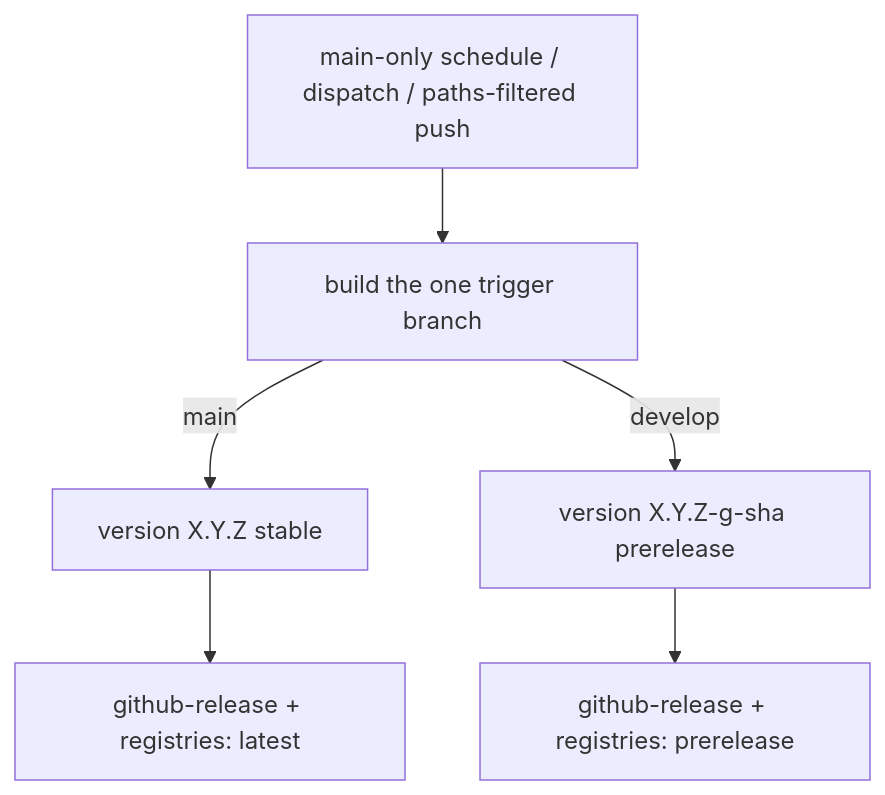
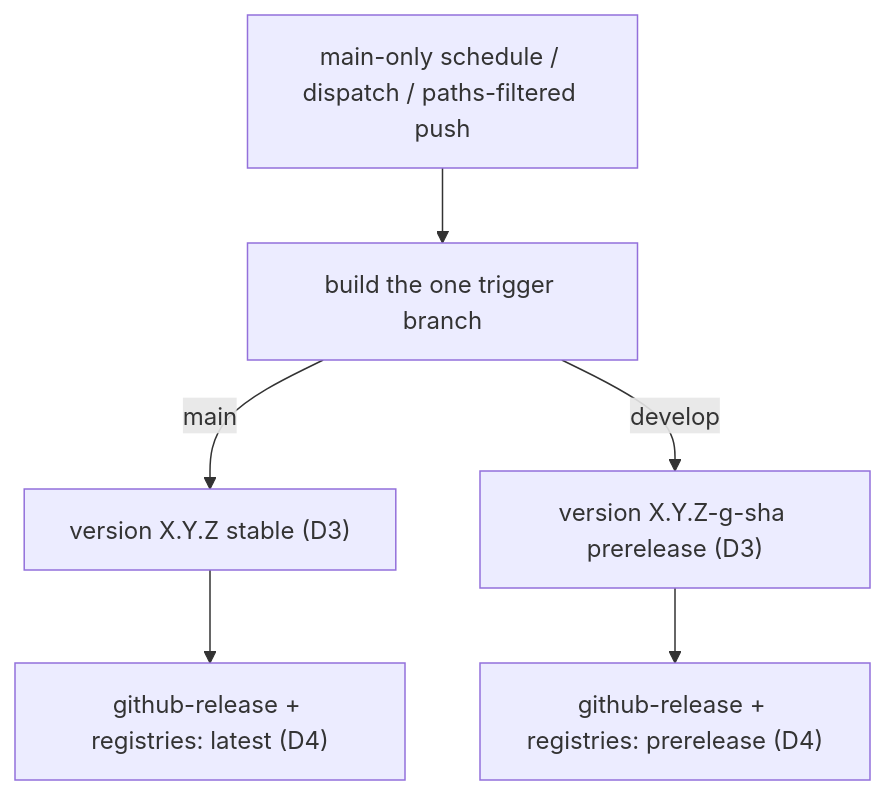
One commit to ptr727/Blog changed the fifth of 5 diagrams in WORKFLOW.md. Above: the diagram before and after it, drawn with Mermaid. The commit also changed other lines of this file and 50 other files, not shown here.

````diff
--- a/WORKFLOW.md
+++ b/WORKFLOW.md
@@ -119,8 +122,8 @@
 ```mermaid
 flowchart TD
   trig[main-only schedule / dispatch / paths-filtered push] --> one[build the one trigger branch]
-  one -->|main| vmain[version X.Y.Z stable]
-  one -->|develop| vdev[version X.Y.Z-g-sha prerelease]
-  vmain --> relm[github-release + registries: latest]
-  vdev --> reld[github-release + registries: prerelease]
+  one -->|main| vmain["version X.Y.Z stable (D3)"]
+  one -->|develop| vdev["version X.Y.Z-g-sha prerelease (D3)"]
+  vmain --> relm["github-release + registries: latest (D4)"]
+  vdev --> reld["github-release + registries: prerelease (D4)"]
 ```
````
